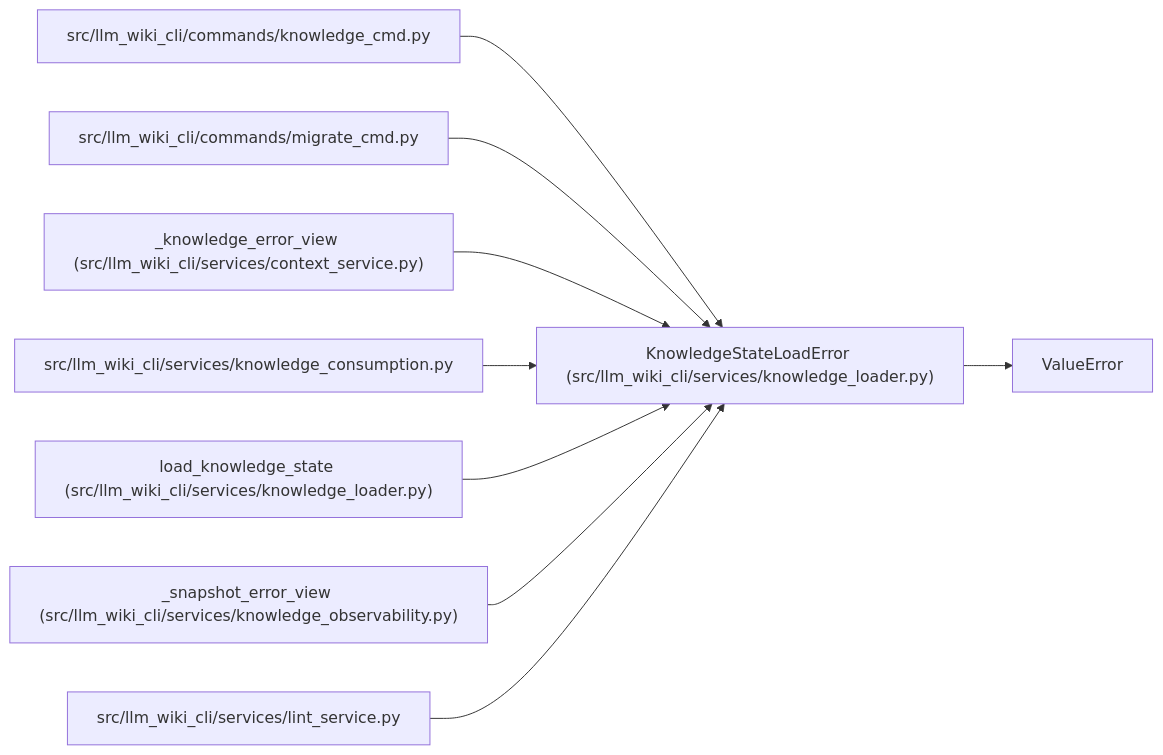
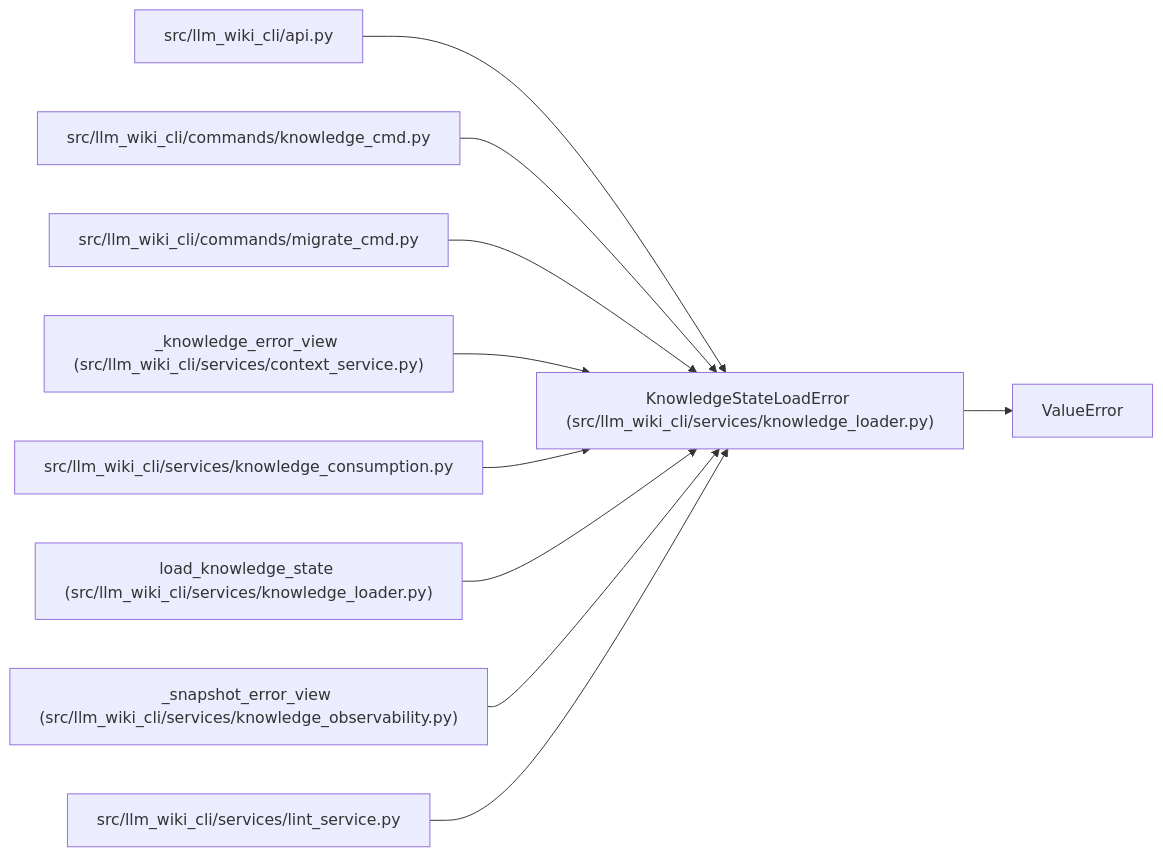
The diagram in docs/llm_wiki/entities/KnowledgeStateLoadError.md (Denissvgn/python-wiki-llm), drawn with Mermaid before and after one commit. The commit also changed other lines of this file and 398 other files, not shown here.

````diff
--- a/docs/llm_wiki/entities/KnowledgeStateLoadError.md
+++ b/docs/llm_wiki/entities/KnowledgeStateLoadError.md
@@ -25,28 +25,31 @@
 ```mermaid
 flowchart LR
     n0["KnowledgeStateLoadError (src/llm_wiki_cli/services/knowledge_loader.py)"]
     n1["ValueError"]
-    n2["src/llm_wiki_cli/commands/knowledge_cmd.py"]
-    n3["src/llm_wiki_cli/commands/migrate_cmd.py"]
-    n4["_knowledge_error_view (src/llm_wiki_cli/services/context_service.py)"]
-    n5["src/llm_wiki_cli/services/knowledge_consumption.py"]
-    n6["load_knowledge_state (src/llm_wiki_cli/services/knowledge_loader.py)"]
-    n7["_snapshot_error_view (src/llm_wiki_cli/services/knowledge_observability.py)"]
-    n8["src/llm_wiki_cli/services/lint_service.py"]
+    n2["src/llm_wiki_cli/api.py"]
+    n3["src/llm_wiki_cli/commands/knowledge_cmd.py"]
+    n4["src/llm_wiki_cli/commands/migrate_cmd.py"]
+    n5["_knowledge_error_view (src/llm_wiki_cli/services/context_service.py)"]
+    n6["src/llm_wiki_cli/services/knowledge_consumption.py"]
+    n7["load_knowledge_state (src/llm_wiki_cli/services/knowledge_loader.py)"]
+    n8["_snapshot_error_view (src/llm_wiki_cli/services/knowledge_observability.py)"]
+    n9["src/llm_wiki_cli/services/lint_service.py"]
     n0 --> n1
     n2 --> n0
     n3 --> n0
     n4 --> n0
     n5 --> n0
     n6 --> n0
     n7 --> n0
     n8 --> n0
+    n9 --> n0
     click n0 "../modules/knowledge_loader.md"
-    click n2 "../modules/knowledge_cmd.md"
-    click n3 "../modules/migrate_cmd.md"
-    click n4 "../modules/context_service.md"
-    click n5 "../modules/knowledge_consumption.md"
-    click n6 "../modules/knowledge_loader.md"
-    click n7 "../modules/knowledge_observability.md"
-    click n8 "../modules/lint_service.md"
+    click n2 "../modules/api.md"
+    click n3 "../modules/knowledge_cmd.md"
+    click n4 "../modules/migrate_cmd.md"
+    click n5 "../modules/context_service.md"
+    click n6 "../modules/knowledge_consumption.md"
+    click n7 "../modules/knowledge_loader.md"
+    click n8 "../modules/knowledge_observability.md"
+    click n9 "../modules/lint_service.md"
 ```
````
